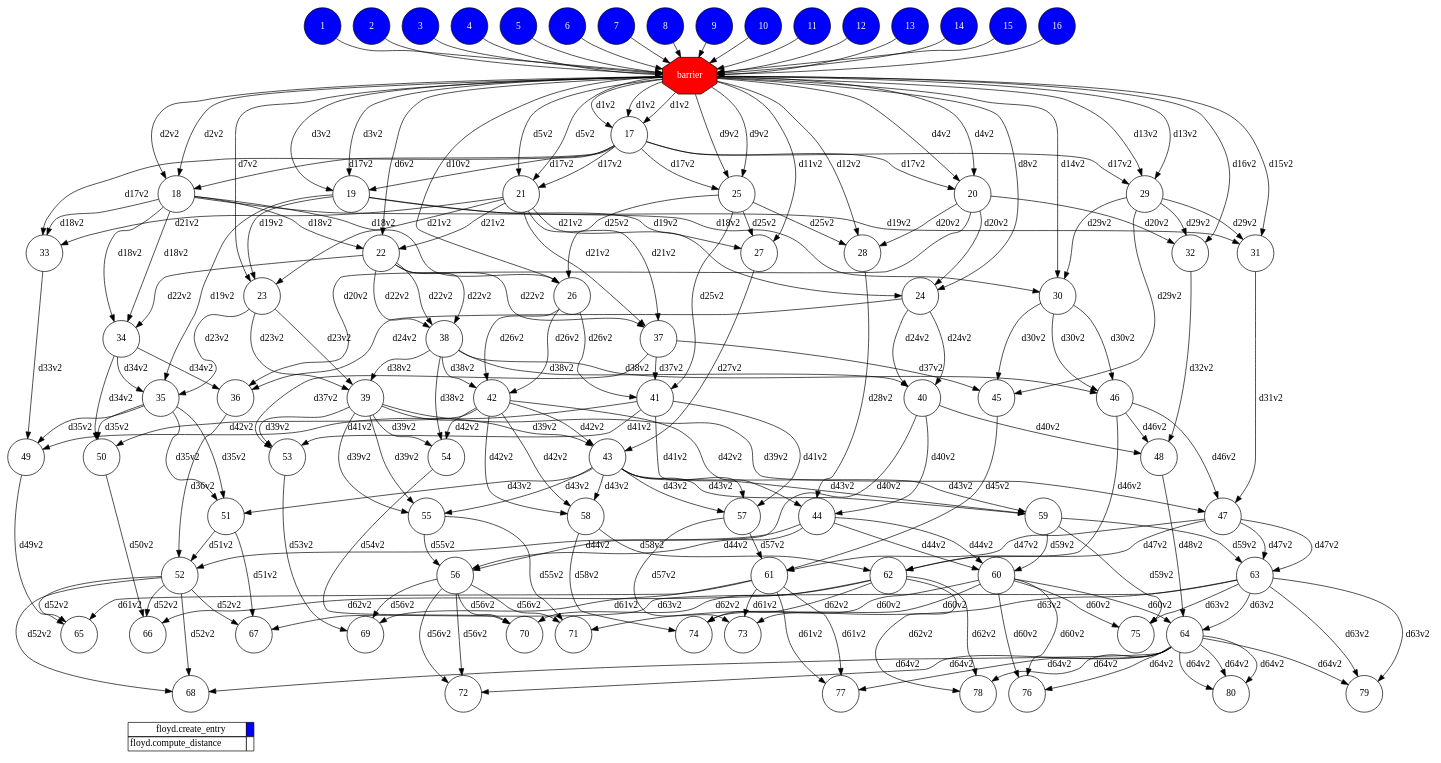
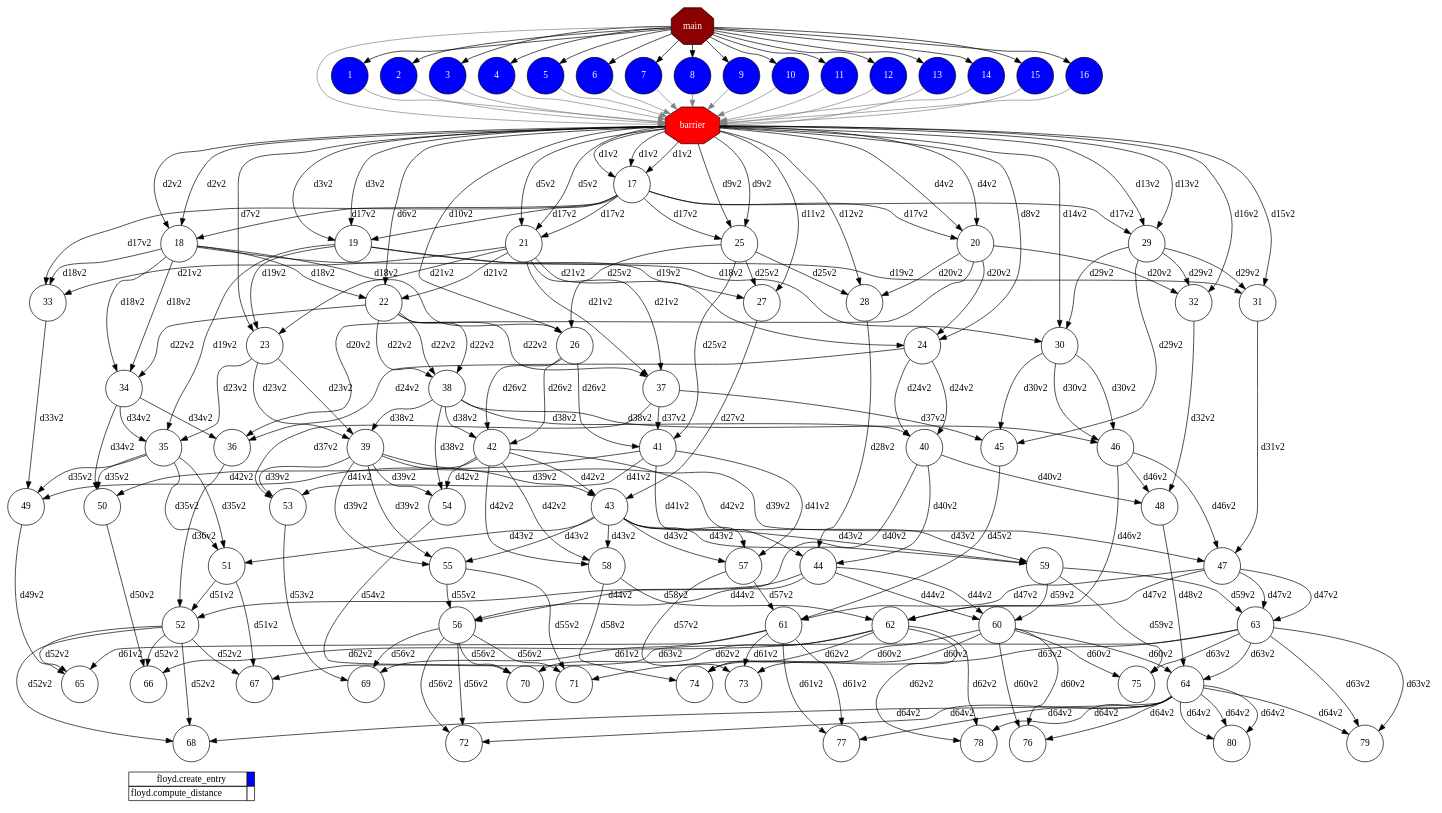
One commit to cristianrcv/pycompss-autoparallel changed the diagram in examples/floyd/results/local/userparallel/complete_graph.dot. Above: the diagram before and after it, drawn with Graphviz. The commit also changed 171 other files, not shown here.

```diff
--- a/examples/floyd/results/local/userparallel/complete_graph.dot
+++ b/examples/floyd/results/local/userparallel/complete_graph.dot
@@ -1,299 +1,318 @@
 digraph {
   rankdir=TB;
   labeljust="l";
+  compound= true;
   subgraph dependence_graph {
     ranksep=0.20;
     node[height=0.75];
 
+Synchro0[label="main", shape=octagon, style=filled fillcolor="#8B0000" fontcolor="#FFFFFF"];
 1[shape=circle, style=filled fillcolor="#0000ff" fontcolor="#ffffff"];
+Synchro0 -> 1;
 2[shape=circle, style=filled fillcolor="#0000ff" fontcolor="#ffffff"];
+Synchro0 -> 2;
 3[shape=circle, style=filled fillcolor="#0000ff" fontcolor="#ffffff"];
+Synchro0 -> 3;
 4[shape=circle, style=filled fillcolor="#0000ff" fontcolor="#ffffff"];
+Synchro0 -> 4;
 5[shape=circle, style=filled fillcolor="#0000ff" fontcolor="#ffffff"];
+Synchro0 -> 5;
 6[shape=circle, style=filled fillcolor="#0000ff" fontcolor="#ffffff"];
+Synchro0 -> 6;
 7[shape=circle, style=filled fillcolor="#0000ff" fontcolor="#ffffff"];
+Synchro0 -> 7;
 8[shape=circle, style=filled fillcolor="#0000ff" fontcolor="#ffffff"];
+Synchro0 -> 8;
 9[shape=circle, style=filled fillcolor="#0000ff" fontcolor="#ffffff"];
+Synchro0 -> 9;
 10[shape=circle, style=filled fillcolor="#0000ff" fontcolor="#ffffff"];
+Synchro0 -> 10;
 11[shape=circle, style=filled fillcolor="#0000ff" fontcolor="#ffffff"];
+Synchro0 -> 11;
 12[shape=circle, style=filled fillcolor="#0000ff" fontcolor="#ffffff"];
+Synchro0 -> 12;
 13[shape=circle, style=filled fillcolor="#0000ff" fontcolor="#ffffff"];
+Synchro0 -> 13;
 14[shape=circle, style=filled fillcolor="#0000ff" fontcolor="#ffffff"];
+Synchro0 -> 14;
 15[shape=circle, style=filled fillcolor="#0000ff" fontcolor="#ffffff"];
+Synchro0 -> 15;
 16[shape=circle, style=filled fillcolor="#0000ff" fontcolor="#ffffff"];
+Synchro0 -> 16;
 Synchro1[label="barrier", shape=octagon, style=filled fillcolor="#ff0000" fontcolor="#FFFFFF"];
-1 -> Synchro1;
-9 -> Synchro1;
-11 -> Synchro1;
-10 -> Synchro1;
-13 -> Synchro1;
-7 -> Synchro1;
-8 -> Synchro1;
-4 -> Synchro1;
-6 -> Synchro1;
-15 -> Synchro1;
-16 -> Synchro1;
-2 -> Synchro1;
-3 -> Synchro1;
-12 -> Synchro1;
-5 -> Synchro1;
-14 -> Synchro1;
+Synchro0 -> Synchro1 [color=grey];
+13 -> Synchro1 [color=grey];
+9 -> Synchro1 [color=grey];
+3 -> Synchro1 [color=grey];
+10 -> Synchro1 [color=grey];
+16 -> Synchro1 [color=grey];
+1 -> Synchro1 [color=grey];
+5 -> Synchro1 [color=grey];
+7 -> Synchro1 [color=grey];
+6 -> Synchro1 [color=grey];
+4 -> Synchro1 [color=grey];
+14 -> Synchro1 [color=grey];
+11 -> Synchro1 [color=grey];
+8 -> Synchro1 [color=grey];
+12 -> Synchro1 [color=grey];
+15 -> Synchro1 [color=grey];
+2 -> Synchro1 [color=grey];
 17[shape=circle, style=filled fillcolor="#ffffff" fontcolor="#000000"];
-Synchro1 -> 17[ label="d1v2" ];
-Synchro1 -> 17[ label="d1v2" ];
-Synchro1 -> 17[ label="d1v2" ];
+Synchro1 -> 17 [label="d1v2"];
+Synchro1 -> 17 [label="d1v2"];
+Synchro1 -> 17 [label="d1v2"];
 18[shape=circle, style=filled fillcolor="#ffffff" fontcolor="#000000"];
-Synchro1 -> 18[ label="d2v2" ];
-17 -> 18[ label="d17v2" ];
-Synchro1 -> 18[ label="d2v2" ];
+Synchro1 -> 18 [label="d2v2"];
+17 -> 18 [label="d17v2"];
+Synchro1 -> 18 [label="d2v2"];
 19[shape=circle, style=filled fillcolor="#ffffff" fontcolor="#000000"];
-Synchro1 -> 19[ label="d3v2" ];
-17 -> 19[ label="d17v2" ];
-Synchro1 -> 19[ label="d3v2" ];
+Synchro1 -> 19 [label="d3v2"];
+17 -> 19 [label="d17v2"];
+Synchro1 -> 19 [label="d3v2"];
 20[shape=circle, style=filled fillcolor="#ffffff" fontcolor="#000000"];
-Synchro1 -> 20[ label="d4v2" ];
-17 -> 20[ label="d17v2" ];
-Synchro1 -> 20[ label="d4v2" ];
+Synchro1 -> 20 [label="d4v2"];
+17 -> 20 [label="d17v2"];
+Synchro1 -> 20 [label="d4v2"];
 21[shape=circle, style=filled fillcolor="#ffffff" fontcolor="#000000"];
-Synchro1 -> 21[ label="d5v2" ];
-Synchro1 -> 21[ label="d5v2" ];
-17 -> 21[ label="d17v2" ];
+Synchro1 -> 21 [label="d5v2"];
+Synchro1 -> 21 [label="d5v2"];
+17 -> 21 [label="d17v2"];
 22[shape=circle, style=filled fillcolor="#ffffff" fontcolor="#000000"];
-Synchro1 -> 22[ label="d6v2" ];
-21 -> 22[ label="d21v2" ];
-18 -> 22[ label="d18v2" ];
+Synchro1 -> 22 [label="d6v2"];
+21 -> 22 [label="d21v2"];
+18 -> 22 [label="d18v2"];
 23[shape=circle, style=filled fillcolor="#ffffff" fontcolor="#000000"];
-Synchro1 -> 23[ label="d7v2" ];
-21 -> 23[ label="d21v2" ];
-19 -> 23[ label="d19v2" ];
+Synchro1 -> 23 [label="d7v2"];
+21 -> 23 [label="d21v2"];
+19 -> 23 [label="d19v2"];
 24[shape=circle, style=filled fillcolor="#ffffff" fontcolor="#000000"];
-Synchro1 -> 24[ label="d8v2" ];
-21 -> 24[ label="d21v2" ];
-20 -> 24[ label="d20v2" ];
+Synchro1 -> 24 [label="d8v2"];
+21 -> 24 [label="d21v2"];
+20 -> 24 [label="d20v2"];
 25[shape=circle, style=filled fillcolor="#ffffff" fontcolor="#000000"];
-Synchro1 -> 25[ label="d9v2" ];
-Synchro1 -> 25[ label="d9v2" ];
-17 -> 25[ label="d17v2" ];
+Synchro1 -> 25 [label="d9v2"];
+Synchro1 -> 25 [label="d9v2"];
+17 -> 25 [label="d17v2"];
 26[shape=circle, style=filled fillcolor="#ffffff" fontcolor="#000000"];
-Synchro1 -> 26[ label="d10v2" ];
-25 -> 26[ label="d25v2" ];
-18 -> 26[ label="d18v2" ];
+Synchro1 -> 26 [label="d10v2"];
+25 -> 26 [label="d25v2"];
+18 -> 26 [label="d18v2"];
 27[shape=circle, style=filled fillcolor="#ffffff" fontcolor="#000000"];
-Synchro1 -> 27[ label="d11v2" ];
-25 -> 27[ label="d25v2" ];
-19 -> 27[ label="d19v2" ];
+Synchro1 -> 27 [label="d11v2"];
+25 -> 27 [label="d25v2"];
+19 -> 27 [label="d19v2"];
 28[shape=circle, style=filled fillcolor="#ffffff" fontcolor="#000000"];
-Synchro1 -> 28[ label="d12v2" ];
-25 -> 28[ label="d25v2" ];
-20 -> 28[ label="d20v2" ];
+Synchro1 -> 28 [label="d12v2"];
+25 -> 28 [label="d25v2"];
+20 -> 28 [label="d20v2"];
 29[shape=circle, style=filled fillcolor="#ffffff" fontcolor="#000000"];
-Synchro1 -> 29[ label="d13v2" ];
-Synchro1 -> 29[ label="d13v2" ];
-17 -> 29[ label="d17v2" ];
+Synchro1 -> 29 [label="d13v2"];
+Synchro1 -> 29 [label="d13v2"];
+17 -> 29 [label="d17v2"];
 30[shape=circle, style=filled fillcolor="#ffffff" fontcolor="#000000"];
-Synchro1 -> 30[ label="d14v2" ];
-29 -> 30[ label="d29v2" ];
-18 -> 30[ label="d18v2" ];
+Synchro1 -> 30 [label="d14v2"];
+29 -> 30 [label="d29v2"];
+18 -> 30 [label="d18v2"];
 31[shape=circle, style=filled fillcolor="#ffffff" fontcolor="#000000"];
-Synchro1 -> 31[ label="d15v2" ];
-29 -> 31[ label="d29v2" ];
-19 -> 31[ label="d19v2" ];
+Synchro1 -> 31 [label="d15v2"];
+29 -> 31 [label="d29v2"];
+19 -> 31 [label="d19v2"];
 32[shape=circle, style=filled fillcolor="#ffffff" fontcolor="#000000"];
-Synchro1 -> 32[ label="d16v2" ];
-29 -> 32[ label="d29v2" ];
-20 -> 32[ label="d20v2" ];
+Synchro1 -> 32 [label="d16v2"];
+29 -> 32 [label="d29v2"];
+20 -> 32 [label="d20v2"];
 33[shape=circle, style=filled fillcolor="#ffffff" fontcolor="#000000"];
-17 -> 33[ label="d17v2" ];
-18 -> 33[ label="d18v2" ];
-21 -> 33[ label="d21v2" ];
+17 -> 33 [label="d17v2"];
+18 -> 33 [label="d18v2"];
+21 -> 33 [label="d21v2"];
 34[shape=circle, style=filled fillcolor="#ffffff" fontcolor="#000000"];
-18 -> 34[ label="d18v2" ];
-18 -> 34[ label="d18v2" ];
-22 -> 34[ label="d22v2" ];
+18 -> 34 [label="d18v2"];
+18 -> 34 [label="d18v2"];
+22 -> 34 [label="d22v2"];
 35[shape=circle, style=filled fillcolor="#ffffff" fontcolor="#000000"];
-19 -> 35[ label="d19v2" ];
-34 -> 35[ label="d34v2" ];
-23 -> 35[ label="d23v2" ];
+19 -> 35 [label="d19v2"];
+34 -> 35 [label="d34v2"];
+23 -> 35 [label="d23v2"];
 36[shape=circle, style=filled fillcolor="#ffffff" fontcolor="#000000"];
-20 -> 36[ label="d20v2" ];
-34 -> 36[ label="d34v2" ];
-24 -> 36[ label="d24v2" ];
+20 -> 36 [label="d20v2"];
+34 -> 36 [label="d34v2"];
+24 -> 36 [label="d24v2"];
 37[shape=circle, style=filled fillcolor="#ffffff" fontcolor="#000000"];
-21 -> 37[ label="d21v2" ];
-22 -> 37[ label="d22v2" ];
-21 -> 37[ label="d21v2" ];
+21 -> 37 [label="d21v2"];
+22 -> 37 [label="d22v2"];
+21 -> 37 [label="d21v2"];
 38[shape=circle, style=filled fillcolor="#ffffff" fontcolor="#000000"];
-22 -> 38[ label="d22v2" ];
-22 -> 38[ label="d22v2" ];
-22 -> 38[ label="d22v2" ];
+22 -> 38 [label="d22v2"];
+22 -> 38 [label="d22v2"];
+22 -> 38 [label="d22v2"];
 39[shape=circle, style=filled fillcolor="#ffffff" fontcolor="#000000"];
-23 -> 39[ label="d23v2" ];
-38 -> 39[ label="d38v2" ];
-23 -> 39[ label="d23v2" ];
+23 -> 39 [label="d23v2"];
+38 -> 39 [label="d38v2"];
+23 -> 39 [label="d23v2"];
 40[shape=circle, style=filled fillcolor="#ffffff" fontcolor="#000000"];
-24 -> 40[ label="d24v2" ];
-38 -> 40[ label="d38v2" ];
-24 -> 40[ label="d24v2" ];
+24 -> 40 [label="d24v2"];
+38 -> 40 [label="d38v2"];
+24 -> 40 [label="d24v2"];
 41[shape=circle, style=filled fillcolor="#ffffff" fontcolor="#000000"];
-25 -> 41[ label="d25v2" ];
-26 -> 41[ label="d26v2" ];
-37 -> 41[ label="d37v2" ];
+25 -> 41 [label="d25v2"];
+26 -> 41 [label="d26v2"];
+37 -> 41 [label="d37v2"];
 42[shape=circle, style=filled fillcolor="#ffffff" fontcolor="#000000"];
-26 -> 42[ label="d26v2" ];
-26 -> 42[ label="d26v2" ];
-38 -> 42[ label="d38v2" ];
+26 -> 42 [label="d26v2"];
+26 -> 42 [label="d26v2"];
+38 -> 42 [label="d38v2"];
 43[shape=circle, style=filled fillcolor="#ffffff" fontcolor="#000000"];
-27 -> 43[ label="d27v2" ];
-42 -> 43[ label="d42v2" ];
-39 -> 43[ label="d39v2" ];
+27 -> 43 [label="d27v2"];
+42 -> 43 [label="d42v2"];
+39 -> 43 [label="d39v2"];
 44[shape=circle, style=filled fillcolor="#ffffff" fontcolor="#000000"];
-28 -> 44[ label="d28v2" ];
-42 -> 44[ label="d42v2" ];
-40 -> 44[ label="d40v2" ];
+28 -> 44 [label="d28v2"];
+42 -> 44 [label="d42v2"];
+40 -> 44 [label="d40v2"];
 45[shape=circle, style=filled fillcolor="#ffffff" fontcolor="#000000"];
-29 -> 45[ label="d29v2" ];
-30 -> 45[ label="d30v2" ];
-37 -> 45[ label="d37v2" ];
+29 -> 45 [label="d29v2"];
+30 -> 45 [label="d30v2"];
+37 -> 45 [label="d37v2"];
 46[shape=circle, style=filled fillcolor="#ffffff" fontcolor="#000000"];
-30 -> 46[ label="d30v2" ];
-30 -> 46[ label="d30v2" ];
-38 -> 46[ label="d38v2" ];
+30 -> 46 [label="d30v2"];
+30 -> 46 [label="d30v2"];
+38 -> 46 [label="d38v2"];
 47[shape=circle, style=filled fillcolor="#ffffff" fontcolor="#000000"];
-31 -> 47[ label="d31v2" ];
-46 -> 47[ label="d46v2" ];
-39 -> 47[ label="d39v2" ];
+31 -> 47 [label="d31v2"];
+46 -> 47 [label="d46v2"];
+39 -> 47 [label="d39v2"];
 48[shape=circle, style=filled fillcolor="#ffffff" fontcolor="#000000"];
-32 -> 48[ label="d32v2" ];
-46 -> 48[ label="d46v2" ];
-40 -> 48[ label="d40v2" ];
+32 -> 48 [label="d32v2"];
+46 -> 48 [label="d46v2"];
+40 -> 48 [label="d40v2"];
 49[shape=circle, style=filled fillcolor="#ffffff" fontcolor="#000000"];
-33 -> 49[ label="d33v2" ];
-35 -> 49[ label="d35v2" ];
-41 -> 49[ label="d41v2" ];
+33 -> 49 [label="d33v2"];
+35 -> 49 [label="d35v2"];
+41 -> 49 [label="d41v2"];
 50[shape=circle, style=filled fillcolor="#ffffff" fontcolor="#000000"];
-34 -> 50[ label="d34v2" ];
-35 -> 50[ label="d35v2" ];
-42 -> 50[ label="d42v2" ];
+34 -> 50 [label="d34v2"];
+35 -> 50 [label="d35v2"];
+42 -> 50 [label="d42v2"];
 51[shape=circle, style=filled fillcolor="#ffffff" fontcolor="#000000"];
-35 -> 51[ label="d35v2" ];
-35 -> 51[ label="d35v2" ];
-43 -> 51[ label="d43v2" ];
+35 -> 51 [label="d35v2"];
+35 -> 51 [label="d35v2"];
+43 -> 51 [label="d43v2"];
 52[shape=circle, style=filled fillcolor="#ffffff" fontcolor="#000000"];
-36 -> 52[ label="d36v2" ];
-51 -> 52[ label="d51v2" ];
-44 -> 52[ label="d44v2" ];
+36 -> 52 [label="d36v2"];
+51 -> 52 [label="d51v2"];
+44 -> 52 [label="d44v2"];
 53[shape=circle, style=filled fillcolor="#ffffff" fontcolor="#000000"];
-37 -> 53[ label="d37v2" ];
-39 -> 53[ label="d39v2" ];
-41 -> 53[ label="d41v2" ];
+37 -> 53 [label="d37v2"];
+39 -> 53 [label="d39v2"];
+41 -> 53 [label="d41v2"];
 54[shape=circle, style=filled fillcolor="#ffffff" fontcolor="#000000"];
-38 -> 54[ label="d38v2" ];
-39 -> 54[ label="d39v2" ];
-42 -> 54[ label="d42v2" ];
+38 -> 54 [label="d38v2"];
+39 -> 54 [label="d39v2"];
+42 -> 54 [label="d42v2"];
 55[shape=circle, style=filled fillcolor="#ffffff" fontcolor="#000000"];
-39 -> 55[ label="d39v2" ];
-39 -> 55[ label="d39v2" ];
-43 -> 55[ label="d43v2" ];
+39 -> 55 [label="d39v2"];
+39 -> 55 [label="d39v2"];
+43 -> 55 [label="d43v2"];
 56[shape=circle, style=filled fillcolor="#ffffff" fontcolor="#000000"];
-40 -> 56[ label="d40v2" ];
-55 -> 56[ label="d55v2" ];
-44 -> 56[ label="d44v2" ];
+40 -> 56 [label="d40v2"];
+55 -> 56 [label="d55v2"];
+44 -> 56 [label="d44v2"];
 57[shape=circle, style=filled fillcolor="#ffffff" fontcolor="#000000"];
-41 -> 57[ label="d41v2" ];
-43 -> 57[ label="d43v2" ];
-41 -> 57[ label="d41v2" ];
+41 -> 57 [label="d41v2"];
+43 -> 57 [label="d43v2"];
+41 -> 57 [label="d41v2"];
 58[shape=circle, style=filled fillcolor="#ffffff" fontcolor="#000000"];
-42 -> 58[ label="d42v2" ];
-43 -> 58[ label="d43v2" ];
-42 -> 58[ label="d42v2" ];
+42 -> 58 [label="d42v2"];
+43 -> 58 [label="d43v2"];
+42 -> 58 [label="d42v2"];
 59[shape=circle, style=filled fillcolor="#ffffff" fontcolor="#000000"];
-43 -> 59[ label="d43v2" ];
-43 -> 59[ label="d43v2" ];
-43 -> 59[ label="d43v2" ];
+43 -> 59 [label="d43v2"];
+43 -> 59 [label="d43v2"];
+43 -> 59 [label="d43v2"];
 60[shape=circle, style=filled fillcolor="#ffffff" fontcolor="#000000"];
-44 -> 60[ label="d44v2" ];
-59 -> 60[ label="d59v2" ];
-44 -> 60[ label="d44v2" ];
+44 -> 60 [label="d44v2"];
+59 -> 60 [label="d59v2"];
+44 -> 60 [label="d44v2"];
 61[shape=circle, style=filled fillcolor="#ffffff" fontcolor="#000000"];
-45 -> 61[ label="d45v2" ];
-47 -> 61[ label="d47v2" ];
-57 -> 61[ label="d57v2" ];
+45 -> 61 [label="d45v2"];
+47 -> 61 [label="d47v2"];
+57 -> 61 [label="d57v2"];
 62[shape=circle, style=filled fillcolor="#ffffff" fontcolor="#000000"];
-46 -> 62[ label="d46v2" ];
-47 -> 62[ label="d47v2" ];
-58 -> 62[ label="d58v2" ];
+46 -> 62 [label="d46v2"];
+47 -> 62 [label="d47v2"];
+58 -> 62 [label="d58v2"];
 63[shape=circle, style=filled fillcolor="#ffffff" fontcolor="#000000"];
-47 -> 63[ label="d47v2" ];
-47 -> 63[ label="d47v2" ];
-59 -> 63[ label="d59v2" ];
+47 -> 63 [label="d47v2"];
+47 -> 63 [label="d47v2"];
+59 -> 63 [label="d59v2"];
 64[shape=circle, style=filled fillcolor="#ffffff" fontcolor="#000000"];
-48 -> 64[ label="d48v2" ];
-63 -> 64[ label="d63v2" ];
-60 -> 64[ label="d60v2" ];
+48 -> 64 [label="d48v2"];
+63 -> 64 [label="d63v2"];
+60 -> 64 [label="d60v2"];
 65[shape=circle, style=filled fillcolor="#ffffff" fontcolor="#000000"];
-49 -> 65[ label="d49v2" ];
-52 -> 65[ label="d52v2" ];
-61 -> 65[ label="d61v2" ];
+49 -> 65 [label="d49v2"];
+52 -> 65 [label="d52v2"];
+61 -> 65 [label="d61v2"];
 66[shape=circle, style=filled fillcolor="#ffffff" fontcolor="#000000"];
-50 -> 66[ label="d50v2" ];
-52 -> 66[ label="d52v2" ];
-62 -> 66[ label="d62v2" ];
+50 -> 66 [label="d50v2"];
+52 -> 66 [label="d52v2"];
+62 -> 66 [label="d62v2"];
 67[shape=circle, style=filled fillcolor="#ffffff" fontcolor="#000000"];
-51 -> 67[ label="d51v2" ];
-52 -> 67[ label="d52v2" ];
-63 -> 67[ label="d63v2" ];
+51 -> 67 [label="d51v2"];
+52 -> 67 [label="d52v2"];
+63 -> 67 [label="d63v2"];
 68[shape=circle, style=filled fillcolor="#ffffff" fontcolor="#000000"];
-52 -> 68[ label="d52v2" ];
-52 -> 68[ label="d52v2" ];
-64 -> 68[ label="d64v2" ];
+52 -> 68 [label="d52v2"];
+52 -> 68 [label="d52v2"];
+64 -> 68 [label="d64v2"];
 69[shape=circle, style=filled fillcolor="#ffffff" fontcolor="#000000"];
-53 -> 69[ label="d53v2" ];
-56 -> 69[ label="d56v2" ];
-61 -> 69[ label="d61v2" ];
+53 -> 69 [label="d53v2"];
+56 -> 69 [label="d56v2"];
+61 -> 69 [label="d61v2"];
 70[shape=circle, style=filled fillcolor="#ffffff" fontcolor="#000000"];
-54 -> 70[ label="d54v2" ];
-56 -> 70[ label="d56v2" ];
-62 -> 70[ label="d62v2" ];
+54 -> 70 [label="d54v2"];
+56 -> 70 [label="d56v2"];
+62 -> 70 [label="d62v2"];
 71[shape=circle, style=filled fillcolor="#ffffff" fontcolor="#000000"];
-55 -> 71[ label="d55v2" ];
-56 -> 71[ label="d56v2" ];
-63 -> 71[ label="d63v2" ];
+55 -> 71 [label="d55v2"];
+56 -> 71 [label="d56v2"];
+63 -> 71 [label="d63v2"];
 72[shape=circle, style=filled fillcolor="#ffffff" fontcolor="#000000"];
-56 -> 72[ label="d56v2" ];
-56 -> 72[ label="d56v2" ];
-64 -> 72[ label="d64v2" ];
+56 -> 72 [label="d56v2"];
+56 -> 72 [label="d56v2"];
+64 -> 72 [label="d64v2"];
 73[shape=circle, style=filled fillcolor="#ffffff" fontcolor="#000000"];
-57 -> 73[ label="d57v2" ];
-60 -> 73[ label="d60v2" ];
-61 -> 73[ label="d61v2" ];
+57 -> 73 [label="d57v2"];
+60 -> 73 [label="d60v2"];
+61 -> 73 [label="d61v2"];
 74[shape=circle, style=filled fillcolor="#ffffff" fontcolor="#000000"];
-58 -> 74[ label="d58v2" ];
-60 -> 74[ label="d60v2" ];
-62 -> 74[ label="d62v2" ];
+58 -> 74 [label="d58v2"];
+60 -> 74 [label="d60v2"];
+62 -> 74 [label="d62v2"];
 75[shape=circle, style=filled fillcolor="#ffffff" fontcolor="#000000"];
-59 -> 75[ label="d59v2" ];
-60 -> 75[ label="d60v2" ];
-63 -> 75[ label="d63v2" ];
+59 -> 75 [label="d59v2"];
+60 -> 75 [label="d60v2"];
+63 -> 75 [label="d63v2"];
 76[shape=circle, style=filled fillcolor="#ffffff" fontcolor="#000000"];
-60 -> 76[ label="d60v2" ];
-60 -> 76[ label="d60v2" ];
-64 -> 76[ label="d64v2" ];
+60 -> 76 [label="d60v2"];
+60 -> 76 [label="d60v2"];
+64 -> 76 [label="d64v2"];
 77[shape=circle, style=filled fillcolor="#ffffff" fontcolor="#000000"];
-61 -> 77[ label="d61v2" ];
-64 -> 77[ label="d64v2" ];
-61 -> 77[ label="d61v2" ];
+61 -> 77 [label="d61v2"];
+64 -> 77 [label="d64v2"];
+61 -> 77 [label="d61v2"];
 78[shape=circle, style=filled fillcolor="#ffffff" fontcolor="#000000"];
-62 -> 78[ label="d62v2" ];
-64 -> 78[ label="d64v2" ];
-62 -> 78[ label="d62v2" ];
+62 -> 78 [label="d62v2"];
+64 -> 78 [label="d64v2"];
+62 -> 78 [label="d62v2"];
 79[shape=circle, style=filled fillcolor="#ffffff" fontcolor="#000000"];
-63 -> 79[ label="d63v2" ];
-64 -> 79[ label="d64v2" ];
-63 -> 79[ label="d63v2" ];
+63 -> 79 [label="d63v2"];
+64 -> 79 [label="d64v2"];
+63 -> 79 [label="d63v2"];
 80[shape=circle, style=filled fillcolor="#ffffff" fontcolor="#000000"];
-64 -> 80[ label="d64v2" ];
-64 -> 80[ label="d64v2" ];
-64 -> 80[ label="d64v2" ];  }
+64 -> 80 [label="d64v2"];
+64 -> 80 [label="d64v2"];
+64 -> 80 [label="d64v2"];  }
   subgraph legend {
     rank=sink;
     node [shape=plaintext, height=0.75];
```
